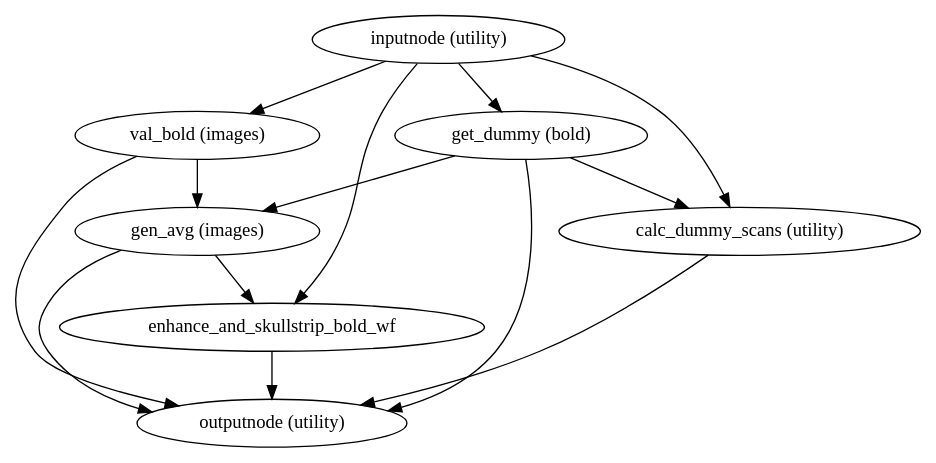
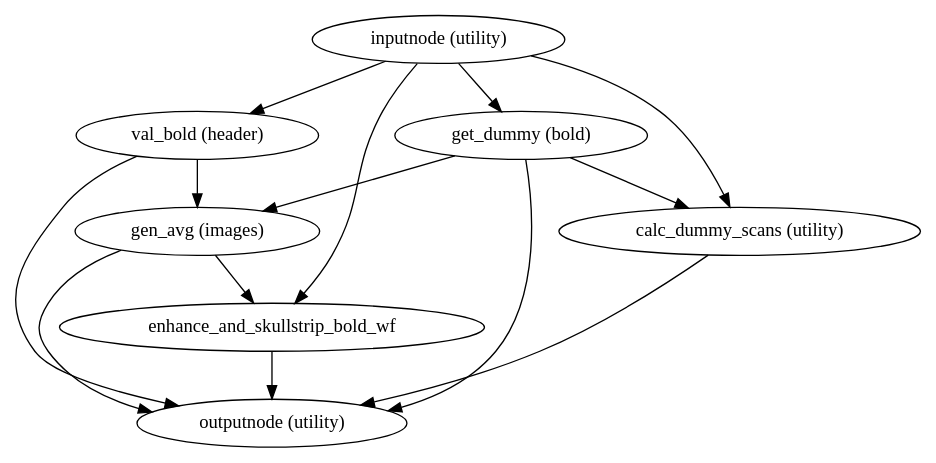
One commit to notZaki/niworkflows changed the diagram in 1.1.9/wf_directive/api/bold_reference_wf/niworkflows-func-util-1.dot. Above: the diagram before and after it, drawn with Graphviz. The commit also changed 12515 other files, not shown here.

```diff
--- a/1.1.9/wf_directive/api/bold_reference_wf/niworkflows-func-util-1.dot
+++ b/1.1.9/wf_directive/api/bold_reference_wf/niworkflows-func-util-1.dot
@@ -1,22 +1,22 @@
 strict digraph  {
 "inputnode (utility)";
-"val_bold (images)";
+"val_bold (header)";
 "get_dummy (bold)";
 enhance_and_skullstrip_bold_wf;
 "calc_dummy_scans (utility)";
 "outputnode (utility)";
 "gen_avg (images)";
-"inputnode (utility)" -> "val_bold (images)";
+"inputnode (utility)" -> "val_bold (header)";
 "inputnode (utility)" -> "get_dummy (bold)";
 "inputnode (utility)" -> enhance_and_skullstrip_bold_wf;
 "inputnode (utility)" -> "calc_dummy_scans (utility)";
-"val_bold (images)" -> "outputnode (utility)";
-"val_bold (images)" -> "gen_avg (images)";
+"val_bold (header)" -> "outputnode (utility)";
+"val_bold (header)" -> "gen_avg (images)";
 "get_dummy (bold)" -> "calc_dummy_scans (utility)";
 "get_dummy (bold)" -> "outputnode (utility)";
 "get_dummy (bold)" -> "gen_avg (images)";
 enhance_and_skullstrip_bold_wf -> "outputnode (utility)";
 "calc_dummy_scans (utility)" -> "outputnode (utility)";
 "gen_avg (images)" -> enhance_and_skullstrip_bold_wf;
 "gen_avg (images)" -> "outputnode (utility)";
 }
```
